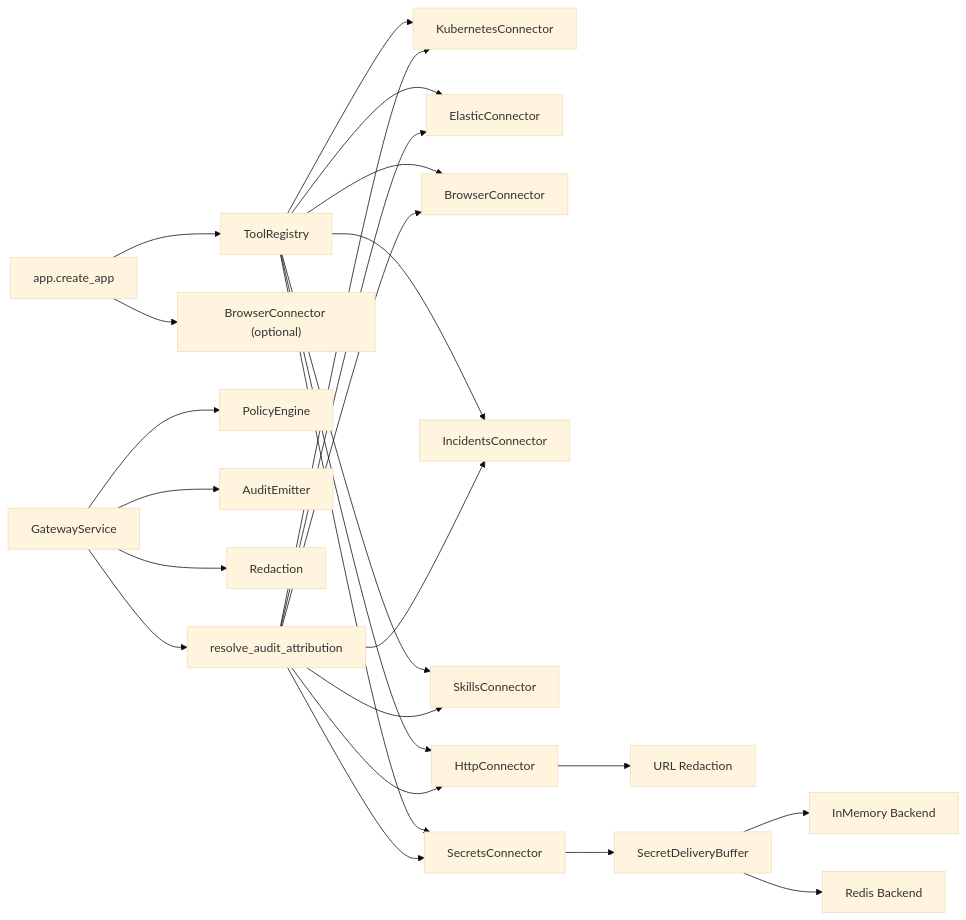
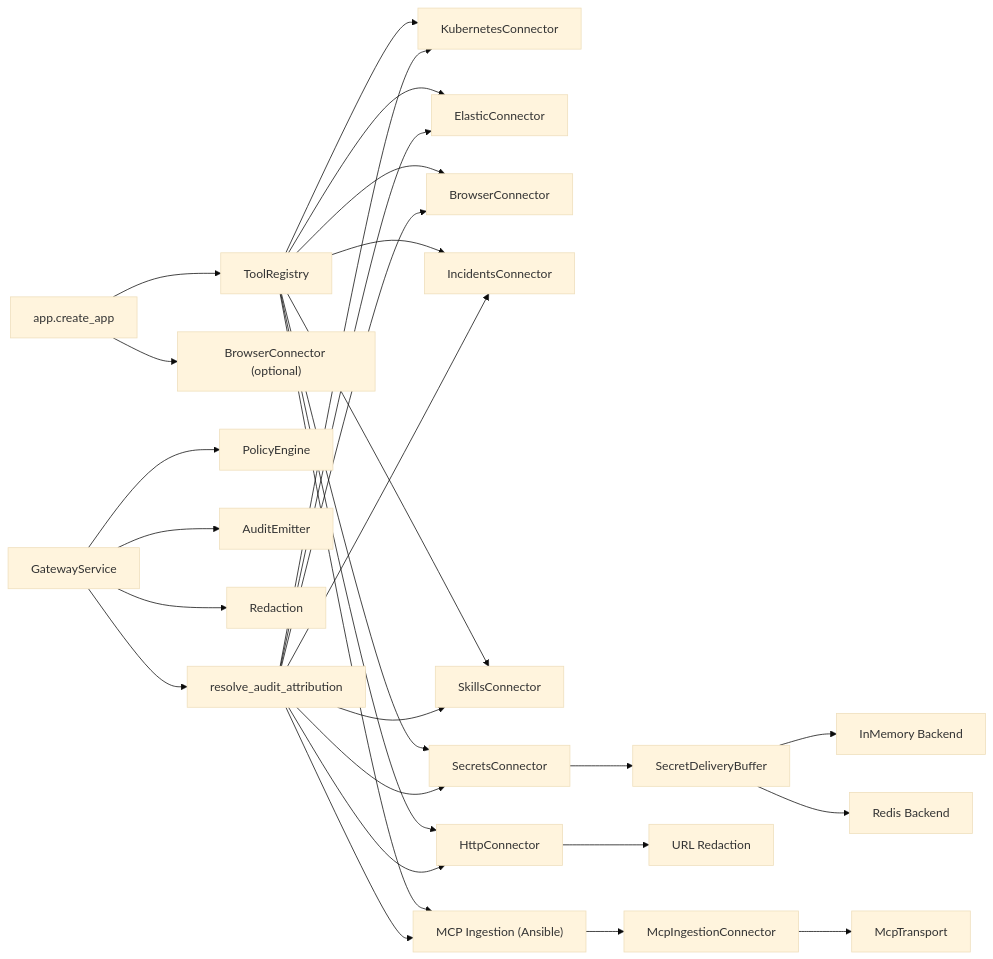
Diagram 14 of 14 in .qoder/repowiki/en/content/Core Services/Tool Gateway/Tool Gateway.md (metasync/luban-aiops), drawn with Mermaid (base theme) before and after one commit. The commit also changed other lines of this file and 13 other files, not shown here.

````diff
--- a/.qoder/repowiki/en/content/Core Services/Tool Gateway/Tool Gateway.md
+++ b/.qoder/repowiki/en/content/Core Services/Tool Gateway/Tool Gateway.md
@@ -640,27 +696,31 @@
 ```mermaid
 graph LR
 App["app.create_app"] --> Reg["ToolRegistry"]
 App --> Browser["BrowserConnector (optional)"]
 Reg --> K8s["KubernetesConnector"]
 Reg --> ES["ElasticConnector"]
 Reg --> Br["BrowserConnector"]
 Reg --> Inc["IncidentsConnector"]
 Reg --> Sk["SkillsConnector"]
 Reg --> Http["HttpConnector"]
 Reg --> Secrets["SecretsConnector"]
+Reg --> Mcp["MCP Ingestion (Ansible)"]
+Mcp --> McpAdapter["McpIngestionConnector"]
+McpAdapter --> Transport["McpTransport"]
 Http --> UrlRedact["URL Redaction"]
 Secrets --> Buffer["SecretDeliveryBuffer"]
 Buffer --> Memory["InMemory Backend"]
 Buffer --> Redis["Redis Backend"]
 GS["GatewayService"] --> PE["PolicyEngine"]
 GS --> AE["AuditEmitter"]
 GS --> RD["Redaction"]
 GS --> AA["resolve_audit_attribution"]
 AA --> K8s
 AA --> ES
 AA --> Br
 AA --> Inc
 AA --> Sk
 AA --> Http
 AA --> Secrets
+AA --> Mcp
 ```
````
